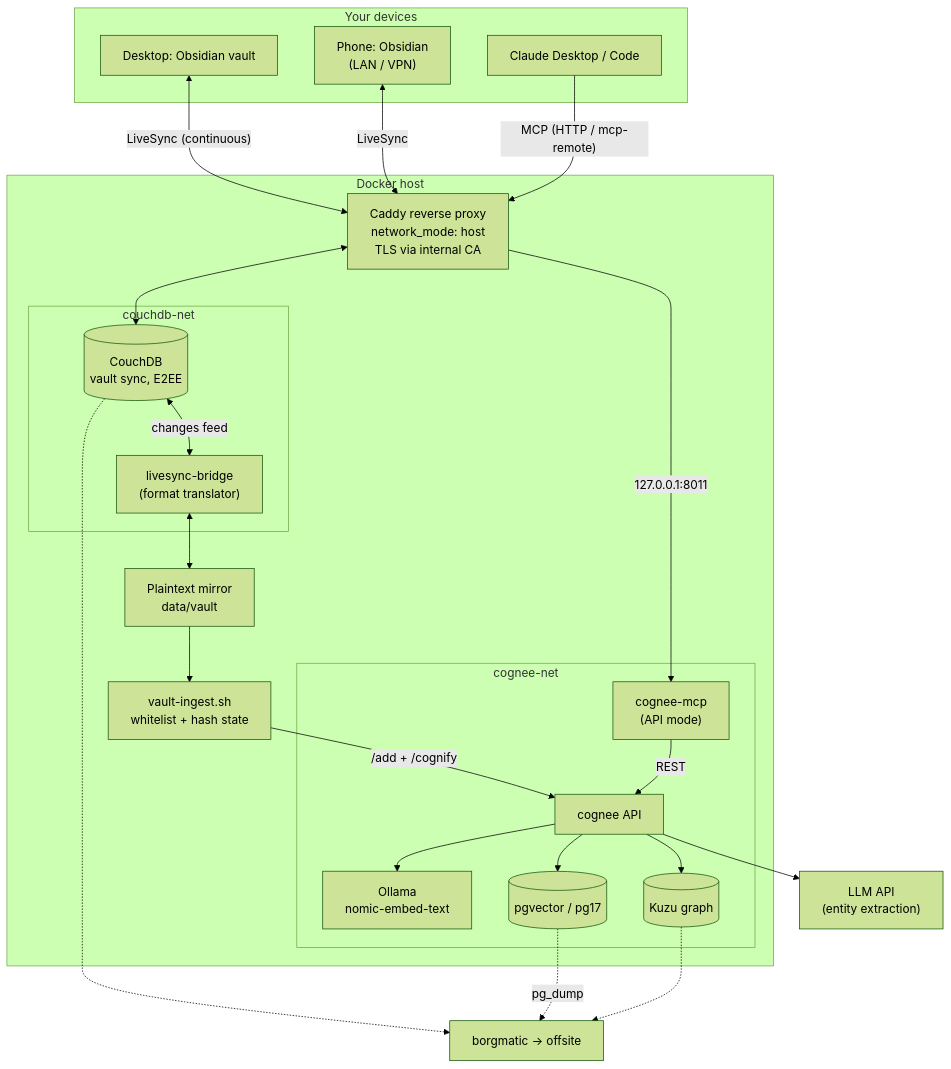
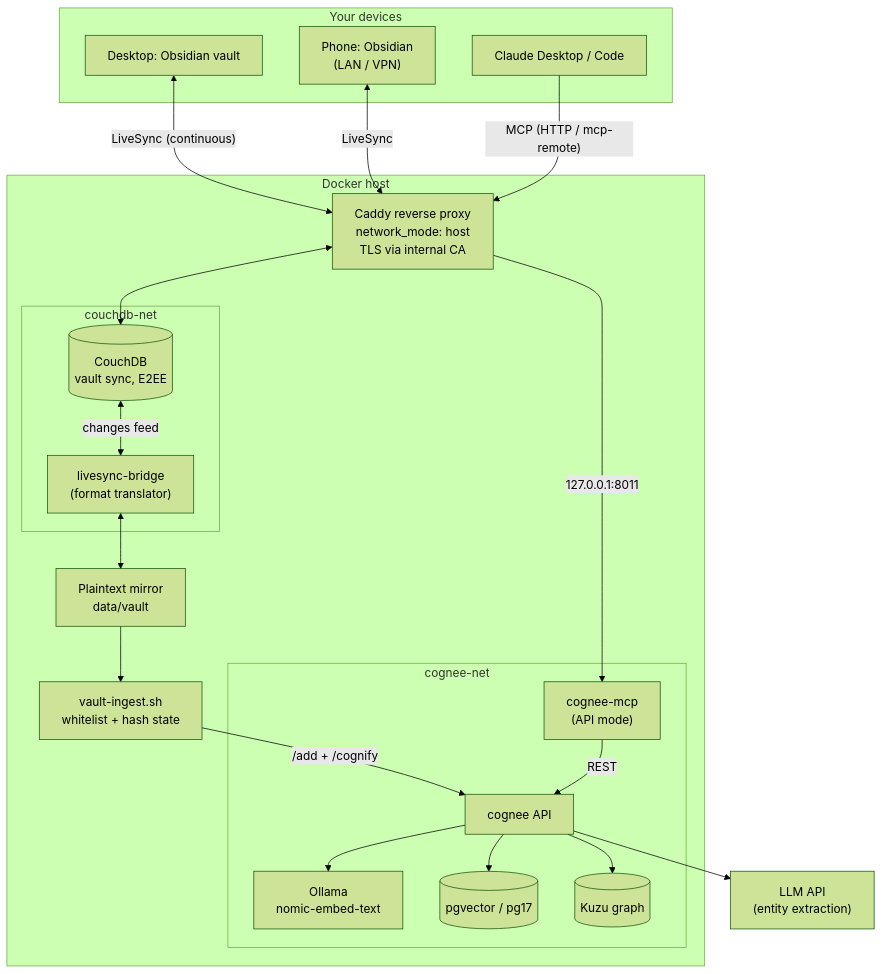
Before and after one commit to mrebbert/local-ai-memory: the diagram in README.md, drawn with Mermaid (forest theme). The commit also changed 4 other files, not shown here.

First line of the commit message:
Remove borgmatic backup section

````diff
--- a/README.md
+++ b/README.md
@@ -22,46 +22,42 @@
 ```mermaid
 flowchart TB
     subgraph devices["Your devices"]
         MAC["Desktop: Obsidian vault"]
         PHONE["Phone: Obsidian<br>(LAN / VPN)"]
         CLAUDE["Claude Desktop / Code"]
     end
 
     subgraph host["Docker host"]
         CADDY["Caddy reverse proxy<br>network_mode: host<br>TLS via internal CA"]
         subgraph couchnet["couchdb-net"]
             COUCH[("CouchDB<br>vault sync, E2EE")]
             BRIDGE["livesync-bridge<br>(format translator)"]
         end
         MIRROR["Plaintext mirror<br>data/vault"]
         SCRIPT["vault-ingest.sh<br>whitelist + hash state"]
         subgraph cogneenet["cognee-net"]
             MCP["cognee-mcp<br>(API mode)"]
             COG["cognee API"]
             OLL["Ollama<br>nomic-embed-text"]
             PG[("pgvector / pg17")]
             KUZU[("Kuzu graph")]
         end
     end
 
     LLM["LLM API<br>(entity extraction)"]
-    BACKUP["borgmatic → offsite"]
 
     MAC <-->|"LiveSync (continuous)"| CADDY
     PHONE <-->|"LiveSync"| CADDY
     CLAUDE -->|"MCP (HTTP / mcp-remote)"| CADDY
     CADDY <--> COUCH
     CADDY -->|"127.0.0.1:8011"| MCP
     COUCH <-->|"changes feed"| BRIDGE
     BRIDGE <--> MIRROR
     MIRROR --> SCRIPT
     SCRIPT -->|"/add + /cognify"| COG
     MCP -->|"REST"| COG
     COG --> OLL
     COG --> LLM
     COG --> PG
     COG --> KUZU
-    COUCH -.-> BACKUP
-    PG -.->|"pg_dump"| BACKUP
-    KUZU -.-> BACKUP
 ```
````
